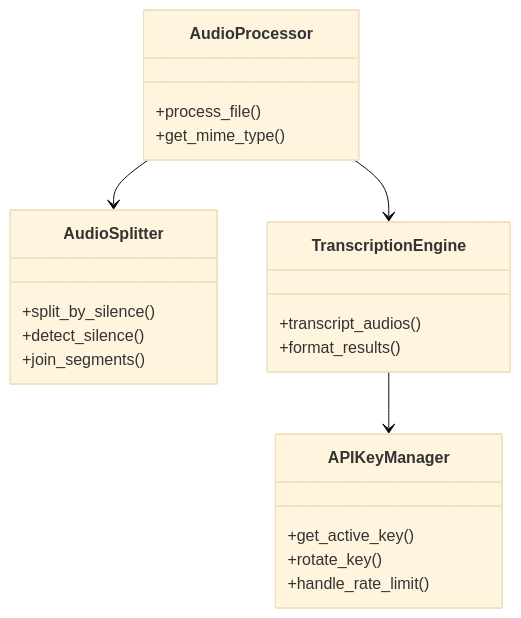
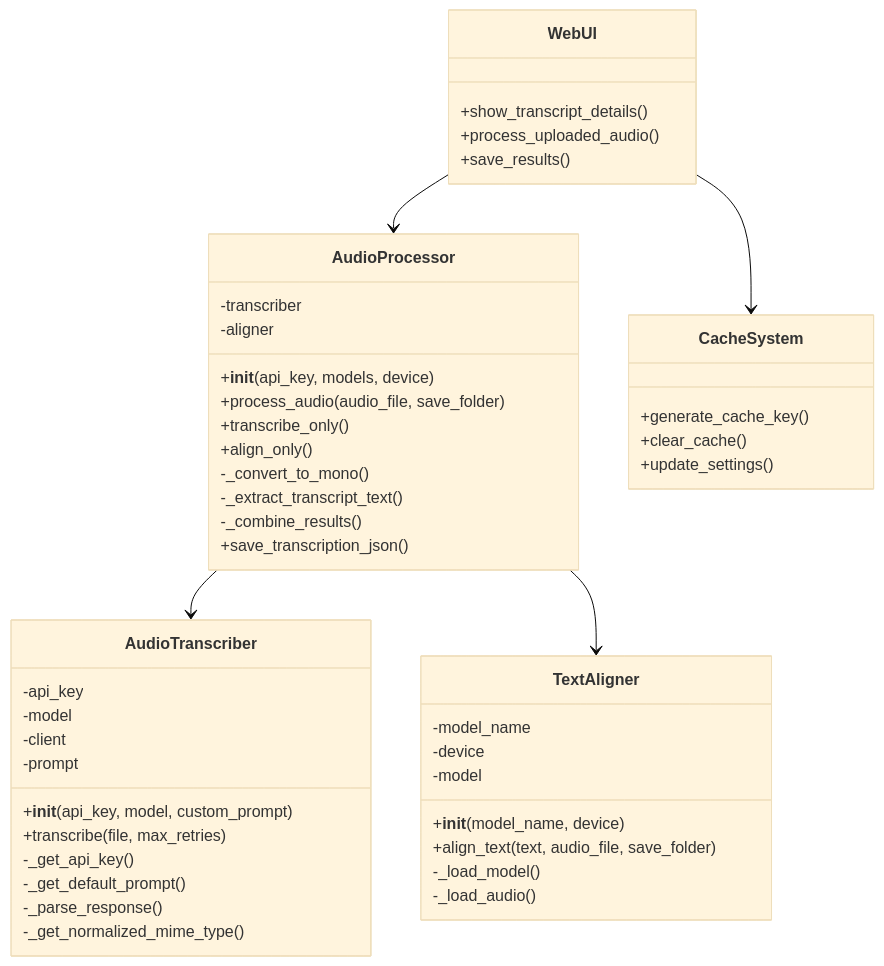
One commit to manhcuong17072002/AudioTranscription changed the second of 5 diagrams in memory-bank/systemPatterns.md. Above: the diagram before and after it, drawn with Mermaid (base theme). The commit also changed other lines of this file and 5 other files, not shown here.

````diff
--- a/memory-bank/systemPatterns.md
+++ b/memory-bank/systemPatterns.md
@@ -69,28 +93,55 @@
 ```mermaid
 classDiagram
-    class AudioProcessor {
-        +process_file()
-        +get_mime_type()
+    class AudioTranscriber {
+        -api_key
+        -model
+        -client
+        -prompt
+        +__init__(api_key, model, custom_prompt)
+        +transcribe(file, max_retries)
+        -_get_api_key()
+        -_get_default_prompt()
+        -_parse_response()
+        -_get_normalized_mime_type()
     }
     
-    class AudioSplitter {
-        +split_by_silence()
-        +detect_silence()
-        +join_segments()
+    class TextAligner {
+        -model_name
+        -device
+        -model
+        +__init__(model_name, device)
+        +align_text(text, audio_file, save_folder)
+        -_load_model()
+        -_load_audio()
     }
     
-    class TranscriptionEngine {
-        +transcript_audios()
-        +format_results()
+    class AudioProcessor {
+        -transcriber
+        -aligner
+        +__init__(api_key, models, device)
+        +process_audio(audio_file, save_folder)
+        +transcribe_only()
+        +align_only()
+        -_convert_to_mono()
+        -_extract_transcript_text()
+        -_combine_results()
+        +save_transcription_json()
     }
     
-    class APIKeyManager {
-        +get_active_key()
-        +rotate_key()
-        +handle_rate_limit()
+    class WebUI {
+        +show_transcript_details()
+        +process_uploaded_audio()
+        +save_results()
     }
     
-    AudioProcessor --> AudioSplitter
-    AudioProcessor --> TranscriptionEngine
-    TranscriptionEngine --> APIKeyManager
+    class CacheSystem {
+        +generate_cache_key()
+        +clear_cache()
+        +update_settings()
+    }
+    
+    AudioProcessor --> AudioTranscriber
+    AudioProcessor --> TextAligner
+    WebUI --> AudioProcessor
+    WebUI --> CacheSystem
 ```
````
